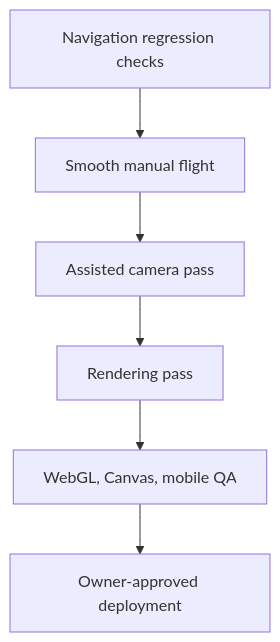
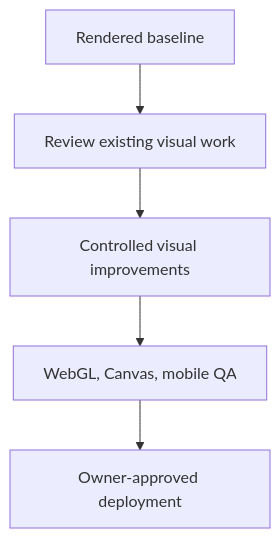
Before and after one commit to gabortardos/solar-system-explorer: the diagram in ROADMAP.md, drawn with Mermaid. The commit also changed other lines of this file and 2 other files, not shown here.

Commit message:
Record V1.1 checkpoint before Visual Pass 1

````diff
--- a/ROADMAP.md
+++ b/ROADMAP.md
@@ -49,8 +50,7 @@
 ```mermaid
 flowchart TD
-  Tests["Navigation regression checks"] --> Flight["Smooth manual flight"]
-  Flight --> Camera["Assisted camera pass"]
-  Camera --> Visuals["Rendering pass"]
+  Baseline["Rendered baseline"] --> Review["Review existing visual work"]
+  Review --> Visuals["Controlled visual improvements"]
   Visuals --> QA["WebGL, Canvas, mobile QA"]
   QA --> Release["Owner-approved deployment"]
 ```
````
